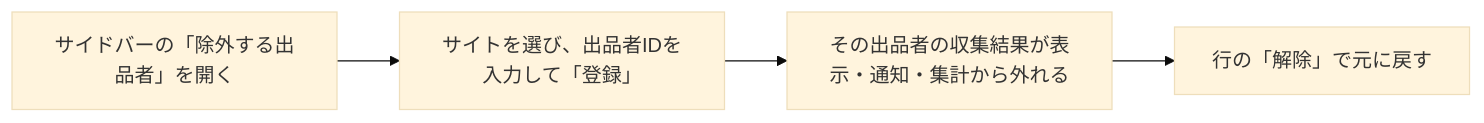
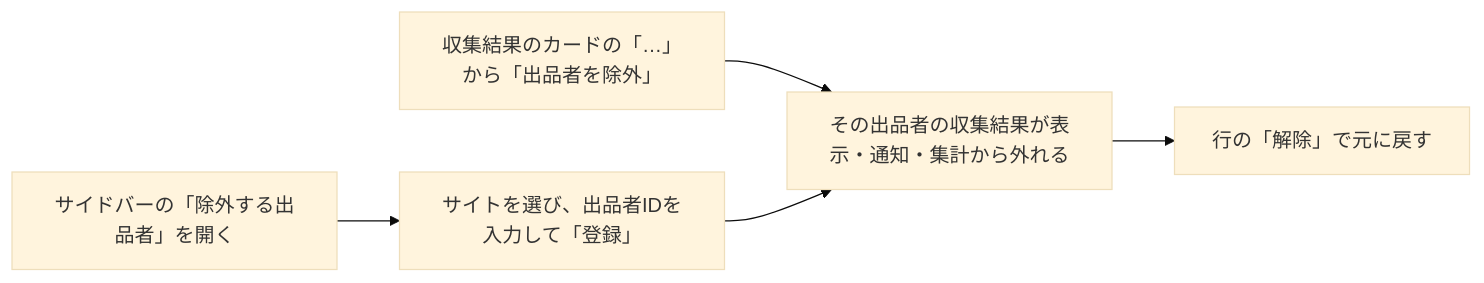
One commit to kuroweb/price-monitoring changed the third of 3 diagrams in docs/features/product-monitoring/operations.md. Above: the diagram before and after it, drawn with Mermaid (base theme). The commit also changed other lines of this file and 1 other file, not shown here.

````diff
--- a/docs/features/product-monitoring/operations.md
+++ b/docs/features/product-monitoring/operations.md
@@ -125,6 +125,7 @@
 ```mermaid
 flowchart LR
     open["サイドバーの「除外する出品者」を開く"] --> input["サイトを選び、出品者IDを入力して「登録」"]
+    card["収集結果のカードの「…」から「出品者を除外」"] --> applied
     input --> applied["その出品者の収集結果が表示・通知・集計から外れる"]
     applied --> release["行の「解除」で元に戻す"]
 ```
````
